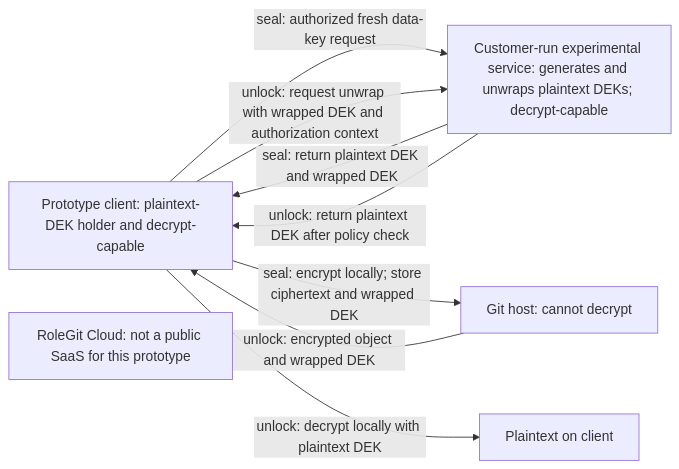
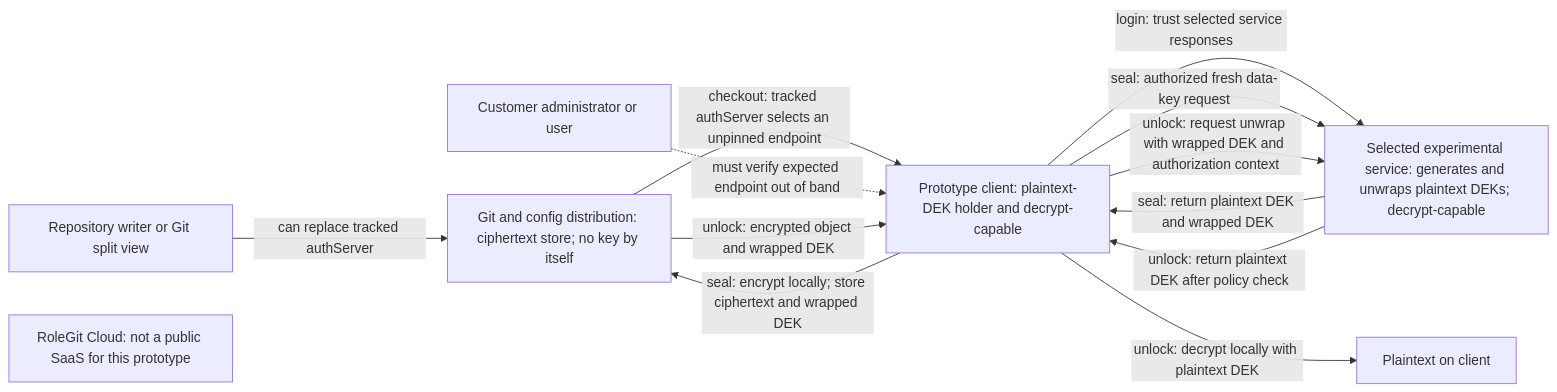
The sixth of 6 diagrams in docs/adr/0001-product-modes-and-trust-boundaries.md (cosentinode/rolegit), drawn with Mermaid before and after one commit. The commit also changed other lines of this file and 3 other files, not shown here.

Commit message:
docs: document prototype endpoint redirection

````diff
--- a/docs/adr/0001-product-modes-and-trust-boundaries.md
+++ b/docs/adr/0001-product-modes-and-trust-boundaries.md
@@ -233,11 +257,15 @@
 ```mermaid
 flowchart LR
-    D[Prototype client: plaintext-DEK holder and decrypt-capable] -->|seal: authorized fresh data-key request| S[Customer-run experimental service: generates and unwraps plaintext DEKs; decrypt-capable]
+    W[Repository writer or Git split view] -->|can replace tracked authServer| G[Git and config distribution: ciphertext store; no key by itself]
+    G -->|checkout: tracked authServer selects an unpinned endpoint| D[Prototype client: plaintext-DEK holder and decrypt-capable]
+    A[Customer administrator or user] -.->|must verify expected endpoint out of band| D
+    D -->|login: trust selected service responses| S[Selected experimental service: generates and unwraps plaintext DEKs; decrypt-capable]
+    D -->|seal: authorized fresh data-key request| S
     S -->|seal: return plaintext DEK and wrapped DEK| D
-    D -->|seal: encrypt locally; store ciphertext and wrapped DEK| G[Git host: cannot decrypt]
+    D -->|seal: encrypt locally; store ciphertext and wrapped DEK| G
     G -->|unlock: encrypted object and wrapped DEK| D
     D -->|unlock: request unwrap with wrapped DEK and authorization context| S
     S -->|unlock: return plaintext DEK after policy check| D
     D -->|unlock: decrypt locally with plaintext DEK| P[Plaintext on client]
     R[RoleGit Cloud: not a public SaaS for this prototype]
 ```
````
